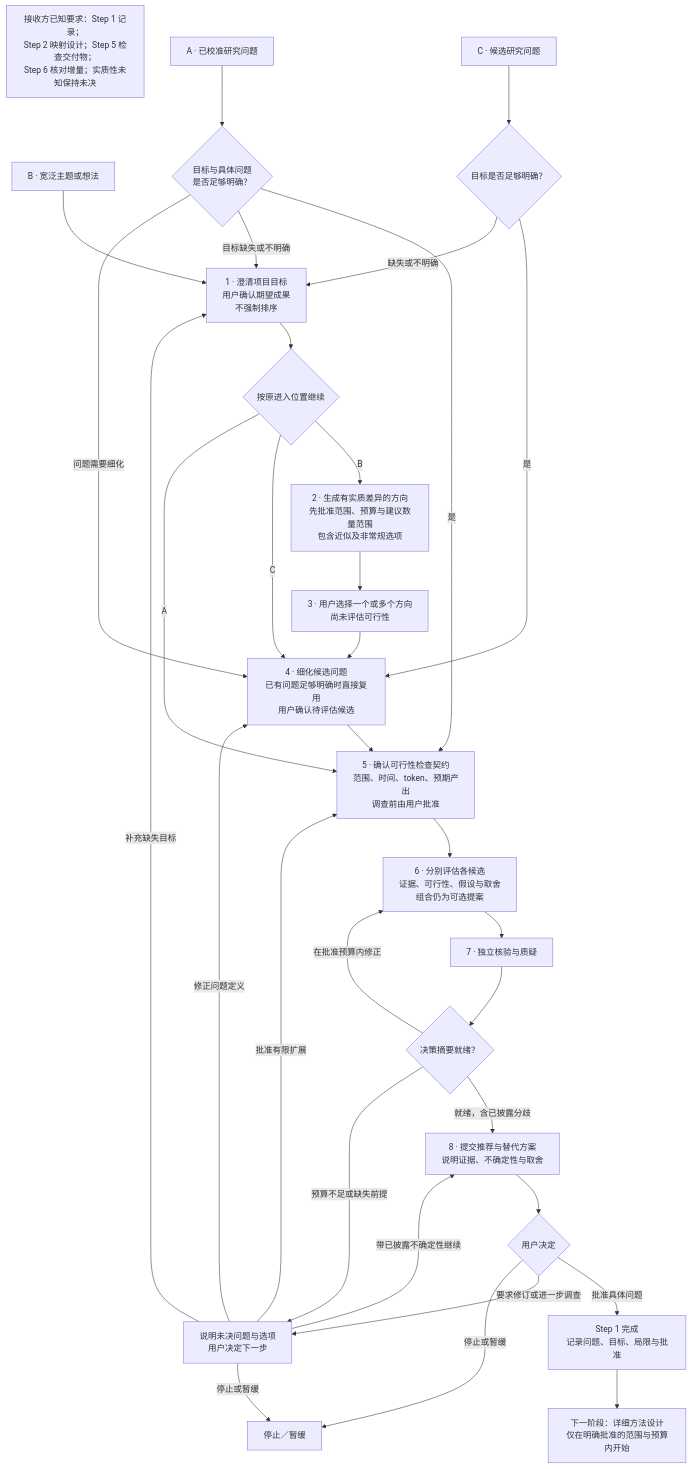
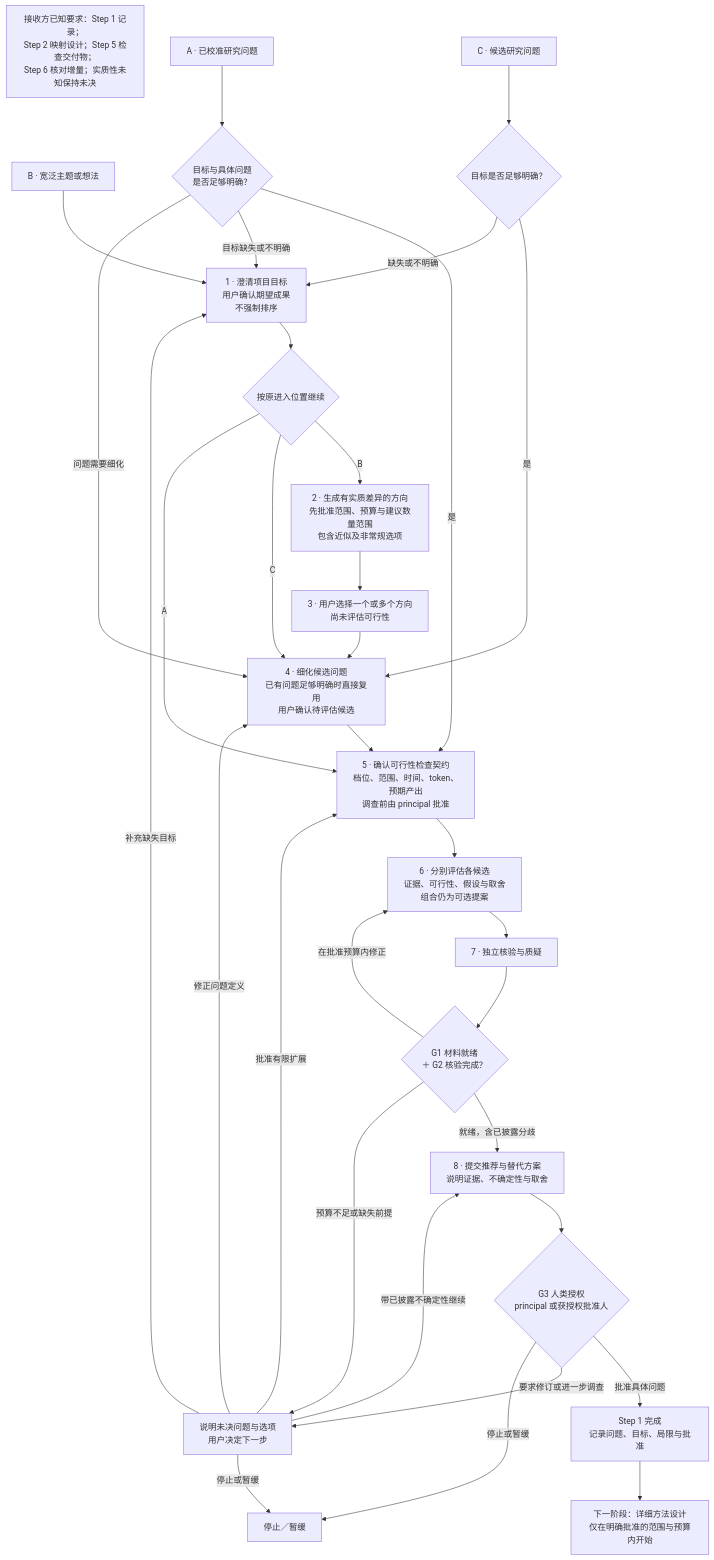
Before and after one commit to reinafeng2006/research-workflow: the diagram in docs/step-1.md, drawn with Mermaid. The commit also changed other lines of this file and 4 other files, not shown here.

````diff
--- a/docs/step-1.md
+++ b/docs/step-1.md
@@ -15,40 +17,40 @@
 ```mermaid
 flowchart TD
     DELIVERY["接收方已知要求：Step 1 记录；<br/>Step 2 映射设计；Step 5 检查交付物；<br/>Step 6 核对增量；实质性未知保持未决"]
     B["B · 宽泛主题或想法"] --> P1
     C["C · 候选研究问题"] --> Ccheck
     A["A · 已校准研究问题"] --> Acheck
     P1["1 · 澄清项目目标<br/>用户确认期望成果<br/>不强制排序"]
     P1 --> Route{"按原进入位置继续"}
     Route -->|B| P2
     Route -->|C| P4
     Route -->|A| P5
     P2["2 · 生成有实质差异的方向<br/>先批准范围、预算与建议数量范围<br/>包含近似及非常规选项"]
     P2 --> P3
     P3["3 · 用户选择一个或多个方向<br/>尚未评估可行性"] --> P4
     Ccheck{"目标是否足够明确？"}
     Ccheck -->|是| P4
     Ccheck -->|缺失或不明确| P1
     P4["4 · 细化候选问题<br/>已有问题足够明确时直接复用<br/>用户确认待评估候选"] --> P5
     Acheck{"目标与具体问题<br/>是否足够明确？"}
     Acheck -->|是| P5
     Acheck -->|目标缺失或不明确| P1
     Acheck -->|问题需要细化| P4
-    P5["5 · 确认可行性检查契约<br/>范围、时间、token、预期产出<br/>调查前由用户批准"] --> P6
+    P5["5 · 确认可行性检查契约<br/>档位、范围、时间、token、预期产出<br/>调查前由 principal 批准"] --> P6
     P6["6 · 分别评估各候选<br/>证据、可行性、假设与取舍<br/>组合仍为可选提案"] --> V
-    V["7 · 独立核验与质疑"] --> Gate{"决策摘要就绪？"}
+    V["7 · 独立核验与质疑"] --> Gate{"G1 材料就绪<br/>＋ G2 核验完成？"}
     Gate -->|在批准预算内修正| P6
     Gate -->|就绪，含已披露分歧| P8
     Gate -->|预算不足或缺失前提| E
     E["说明未决问题与选项<br/>用户决定下一步"]
     E -->|批准有限扩展| P5
     E -->|补充缺失目标| P1
     E -->|修正问题定义| P4
     E -->|带已披露不确定性继续| P8
     E -->|停止或暂缓| Stop["停止／暂缓"]
-    P8["8 · 提交推荐与替代方案<br/>说明证据、不确定性与取舍"] --> H{"用户决定"}
+    P8["8 · 提交推荐与替代方案<br/>说明证据、不确定性与取舍"] --> H{"G3 人类授权<br/>principal 或获授权批准人"}
     H -->|批准具体问题| Done["Step 1 完成<br/>记录问题、目标、局限与批准"]
     H -->|要求修订或进一步调查| E
     H -->|停止或暂缓| Stop
     Done --> Next["下一阶段：详细方法设计<br/>仅在明确批准的范围与预算内开始"]
 ```
````
